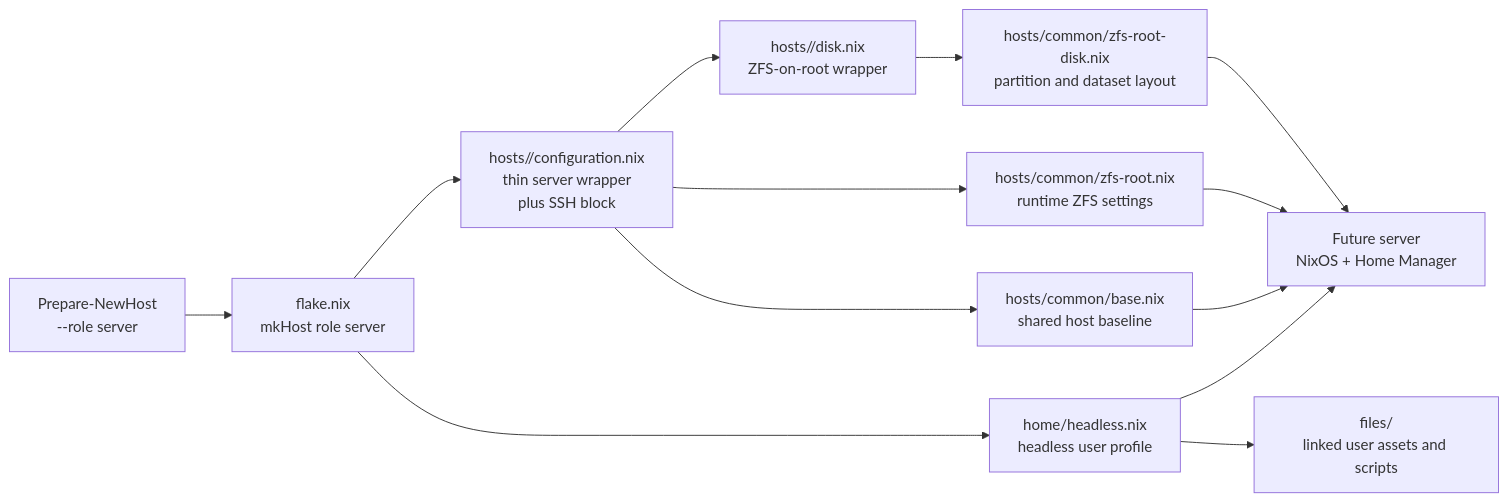
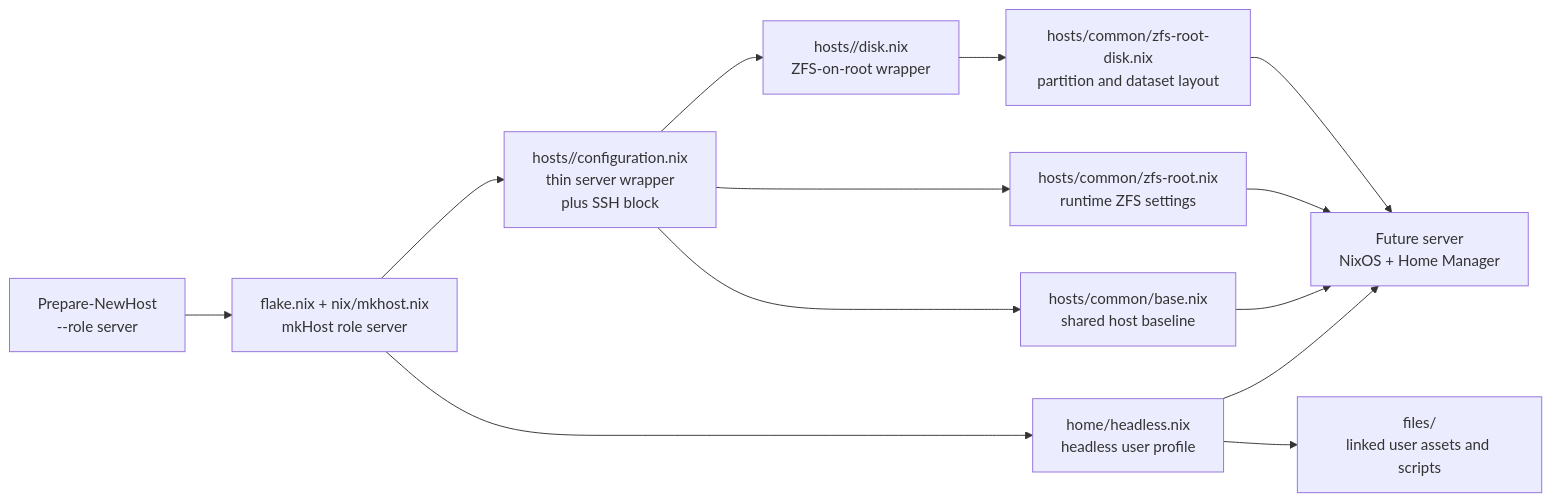
The eighth of 8 diagrams in docs/server-configuration-route.md (axler8r/nixotic), drawn with Mermaid before and after one commit. The commit also changed other lines of this file and 4 other files, not shown here.

````diff
--- a/docs/server-configuration-route.md
+++ b/docs/server-configuration-route.md
@@ -326,27 +326,27 @@
 ```mermaid
 flowchart LR
     Prepare["Prepare-NewHost\n--role server"]
-    Flake["flake.nix\nmkHost role server"]
+    Flake["flake.nix + nix/mkhost.nix\nmkHost role server"]
     Host["hosts/<hostname>/configuration.nix\nthin server wrapper\nplus SSH block"]
     Disk["hosts/<hostname>/disk.nix\nZFS-on-root wrapper"]
     ZfsDisk["hosts/common/zfs-root-disk.nix\npartition and dataset layout"]
     ZfsRuntime["hosts/common/zfs-root.nix\nruntime ZFS settings"]
     Base["hosts/common/base.nix\nshared host baseline"]
     Home["home/headless.nix\nheadless user profile"]
     Files["files/\nlinked user assets and scripts"]
     System["Future server\nNixOS + Home Manager"]
 
     Prepare --> Flake
     Flake --> Host
     Host --> Disk
     Disk --> ZfsDisk
     Host --> ZfsRuntime
     Host --> Base
     Flake --> Home
     Home --> Files
 
     ZfsDisk --> System
     ZfsRuntime --> System
     Base --> System
     Home --> System
 ```
````
